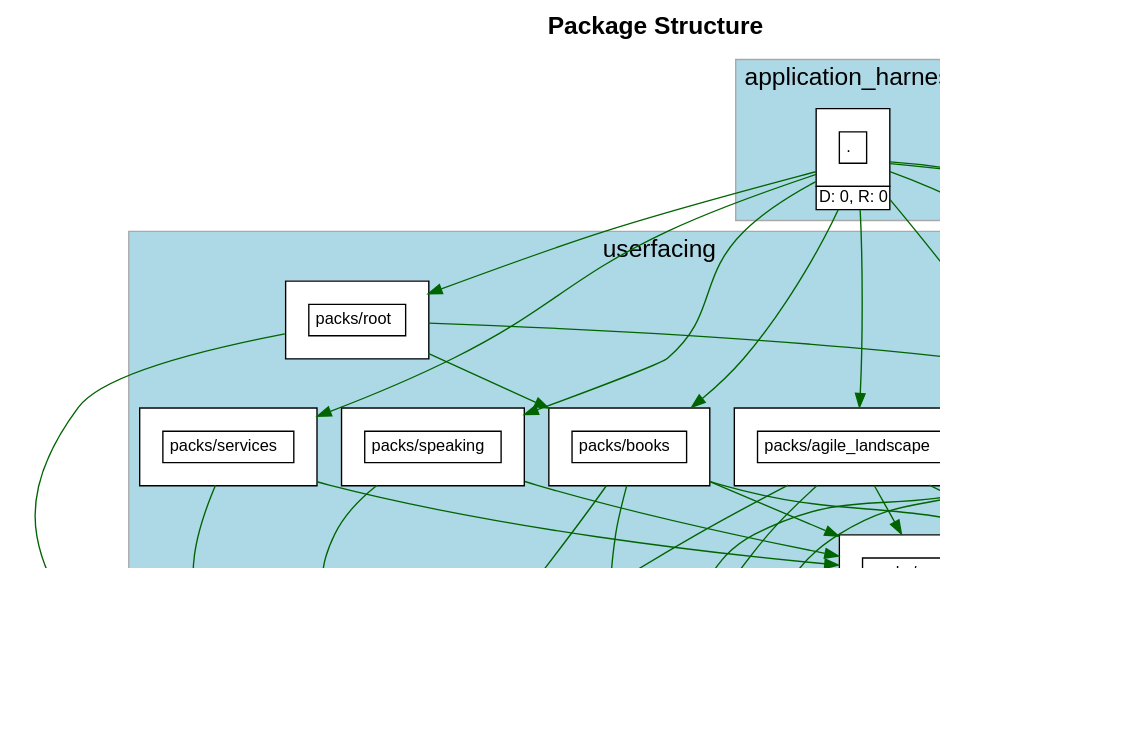
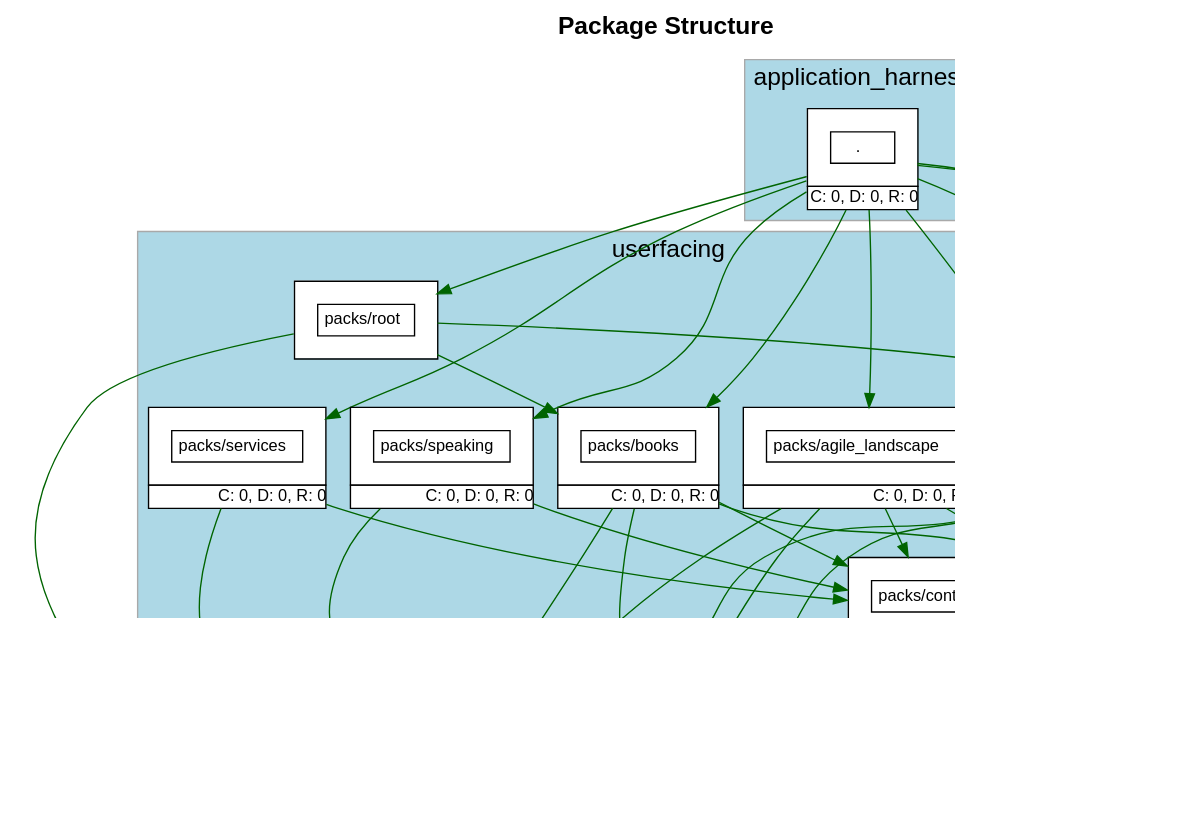
Before and after one commit to shageman/stephanhagemann.com: the diagram in packs.dot, drawn with Graphviz. The commit also changed 10 other files, not shown here.

```diff
--- a/packs.dot
+++ b/packs.dot
@@ -33,7 +33,7 @@
                     <tr> <td port='private'> . </td> </tr>
                   </table>
                   </td></tr>
-                  <tr><td CELLPADDING='1' ALIGN='RIGHT'>D: 0, R: 0</td></tr>
+                  <tr><td CELLPADDING='1' ALIGN='RIGHT'>C: 0, D: 0, R: 0</td></tr>
                   </table>
               >
           ]
@@ -54,6 +54,7 @@
                     <tr> <td port='private'> packs/agile_landscape </td> </tr>
                   </table>
                   </td></tr>
+                  <tr><td CELLPADDING='1' ALIGN='RIGHT'>C: 0, D: 0, R: 0</td></tr>
                   </table>
               >
           ]
@@ -66,6 +67,7 @@
                     <tr> <td port='private'> packs/books </td> </tr>
                   </table>
                   </td></tr>
+                  <tr><td CELLPADDING='1' ALIGN='RIGHT'>C: 0, D: 0, R: 0</td></tr>
                   </table>
               >
           ]
@@ -78,6 +80,7 @@
                     <tr> <td port='private'> packs/contact </td> </tr>
                   </table>
                   </td></tr>
+                  <tr><td CELLPADDING='1' ALIGN='RIGHT'>C: 0, D: 0, R: 0</td></tr>
                   </table>
               >
           ]
@@ -90,6 +93,7 @@
                     <tr> <td port='private'> packs/posts </td> </tr>
                   </table>
                   </td></tr>
+                  <tr><td CELLPADDING='1' ALIGN='RIGHT'>C: 0, D: 0, R: 0</td></tr>
                   </table>
               >
           ]
@@ -114,6 +118,7 @@
                     <tr> <td port='private'> packs/services </td> </tr>
                   </table>
                   </td></tr>
+                  <tr><td CELLPADDING='1' ALIGN='RIGHT'>C: 0, D: 0, R: 0</td></tr>
                   </table>
               >
           ]
@@ -126,6 +131,7 @@
                     <tr> <td port='private'> packs/speaking </td> </tr>
                   </table>
                   </td></tr>
+                  <tr><td CELLPADDING='1' ALIGN='RIGHT'>C: 0, D: 0, R: 0</td></tr>
                   </table>
               >
           ]
@@ -138,6 +144,7 @@
                     <tr> <td port='private'> packs/tags </td> </tr>
                   </table>
                   </td></tr>
+                  <tr><td CELLPADDING='1' ALIGN='RIGHT'>C: 0, D: 0, R: 0</td></tr>
                   </table>
               >
           ]
@@ -166,6 +173,7 @@
                     <tr> <td port='private'> packs/backlinks </td> </tr>
                   </table>
                   </td></tr>
+                  <tr><td CELLPADDING='1' ALIGN='RIGHT'>C: 0, D: 0, R: 0</td></tr>
                   </table>
               >
           ]
@@ -178,6 +186,7 @@
                     <tr> <td port='private'> packs/rails_shims </td> </tr>
                   </table>
                   </td></tr>
+                  <tr><td CELLPADDING='1' ALIGN='RIGHT'>D: 0</td></tr>
                   </table>
               >
           ]
```
